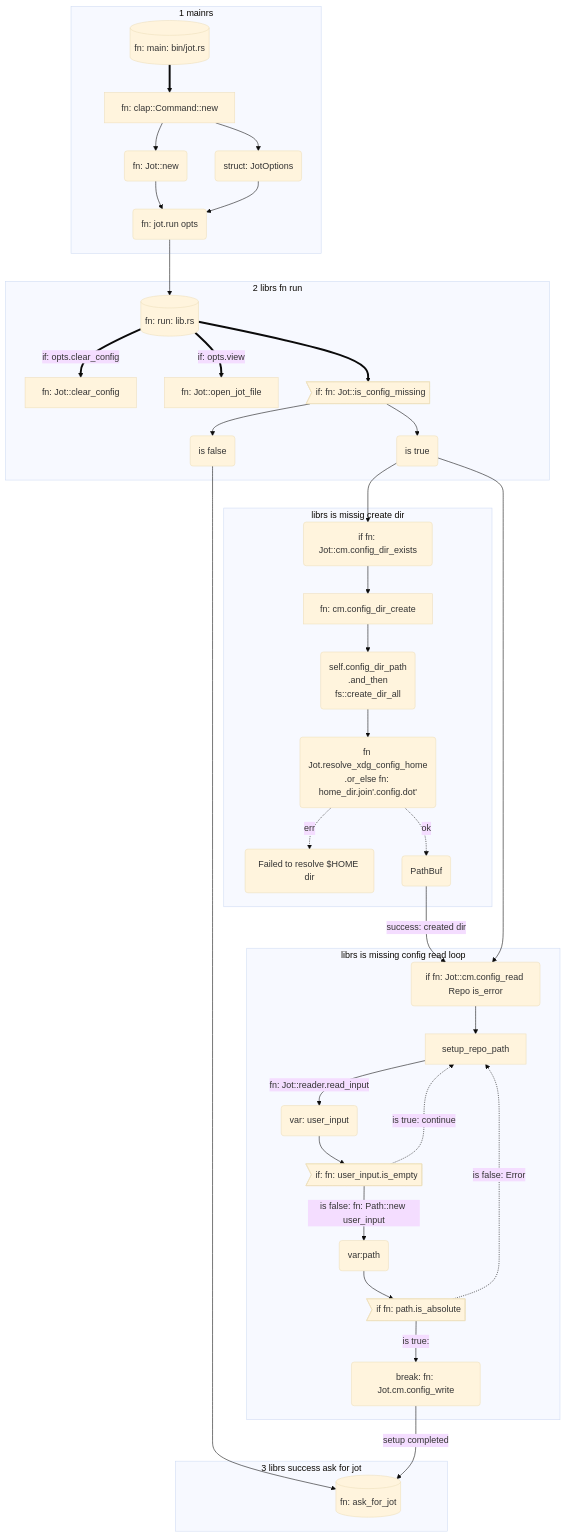
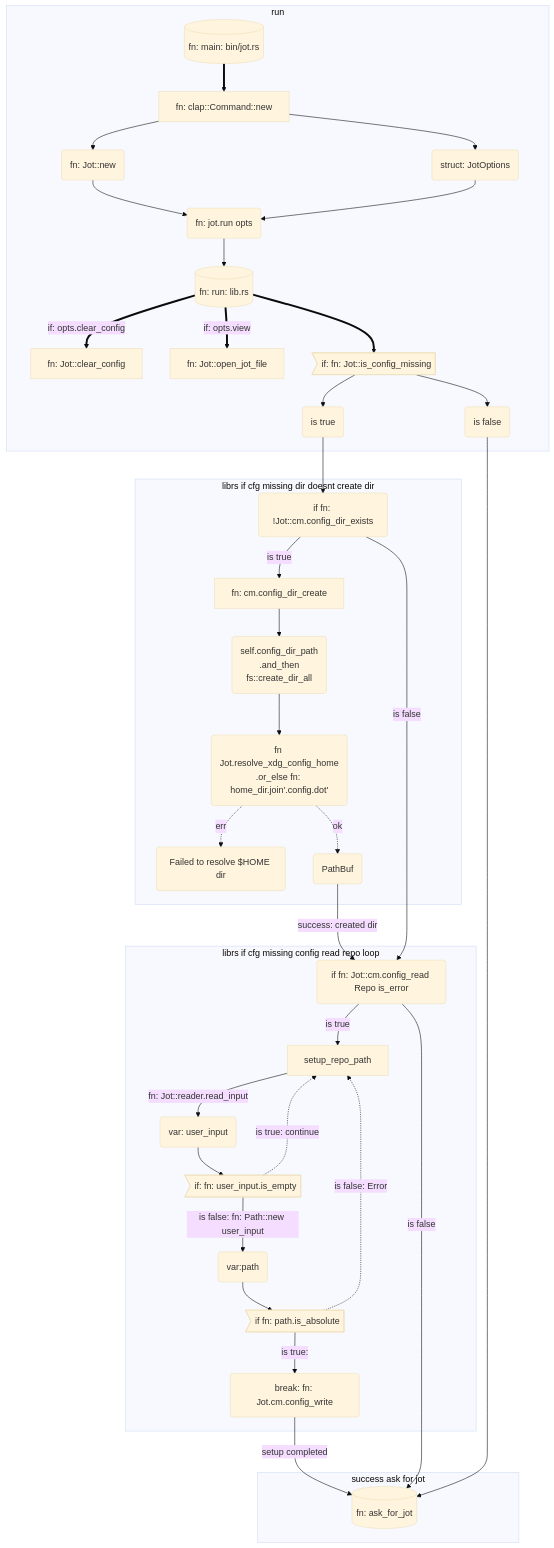
One commit to lloydlobo/jot changed the first of 2 diagrams in README.md. Above: the diagram before and after it, drawn with Mermaid (base theme). The commit also changed other lines of this file, not shown here.

Commit message:
docs: fix mermaid control flow

````diff
--- a/README.md
+++ b/README.md
@@ -15,46 +15,48 @@
 ```mermaid
 graph TD;
-subgraph 1 mainrs
+
+subgraph run
     A[(fn: main: bin/jot.rs)]==>A1[fn: clap::Command::new];
     A1-->A11(fn: Jot::new);
     A1-->A12(struct: JotOptions);
     A11-->A2(fn: jot.run opts);
     A12-->A2;
-end
-subgraph 2 librs fn run
     A2-->B;
     B[(fn: run: lib.rs)] ==> |if: opts.clear_config|B1[fn: Jot::clear_config];
     B==>|if: opts.view|B2[fn: Jot::open_jot_file];
     B==>B3>if: fn: Jot::is_config_missing];
     B3-->B31(is true);
     B3-->B32(is false);
 end
 
 %% Lead to fn if config_read
-subgraph librs is missig create dir
-    B31-->B31B(if fn: Jot::cm.config_dir_exists)-->B3A[fn: cm.config_dir_create];
+subgraph librs if cfg missing dir doesnt create dir
+    B31-->B31B(if fn: !Jot::cm.config_dir_exists)-->|is true|B3A[fn: cm.config_dir_create];
     B3A-->B3AA(self.config_dir_path<br>.and_then<br>fs::create_dir_all);
     B3AA-->B3AB(fn Jot.resolve_xdg_config_home<br>.or_else fn: home_dir.join'.config.dot');
     B3AB-.->|err|B3AB2(Failed to resolve $HOME dir);
     B3AB-.->|ok|B3AB1(PathBuf);
 end
 
 B3AB1-->|success: created dir|B31A;
 
-subgraph librs is missing config read loop
-    B31-->B31A(if fn: Jot::cm.config_read Repo is_error)-->C;
+subgraph librs if cfg missing config read repo loop
+    B31B-->|is false|B31A;
+    B31A(if fn: Jot::cm.config_read Repo is_error)-->|is true|C;
     %% Get user input for repository path
     C[setup_repo_path]-->|fn: Jot::reader.read_input|C1(var: user_input);
     C1-->C11>if: fn: user_input.is_empty];
     C11-.->|is true: continue|C;
     C11-->|is false: fn: Path::new user_input|D;
     D1-.->|is false: Error|C;
     D(var:path)-->D1>if fn: path.is_absolute];
     D1-->|is true:|D11(break: fn: Jot.cm.config_write);
 end
-subgraph 3 librs success ask for jot
+
+subgraph success ask for jot
+B31A-->|is false|B32A;
 B32-->B32A[(fn: ask_for_jot)];
 D11-->|setup completed|B32A;
 end
 
 ```
````
